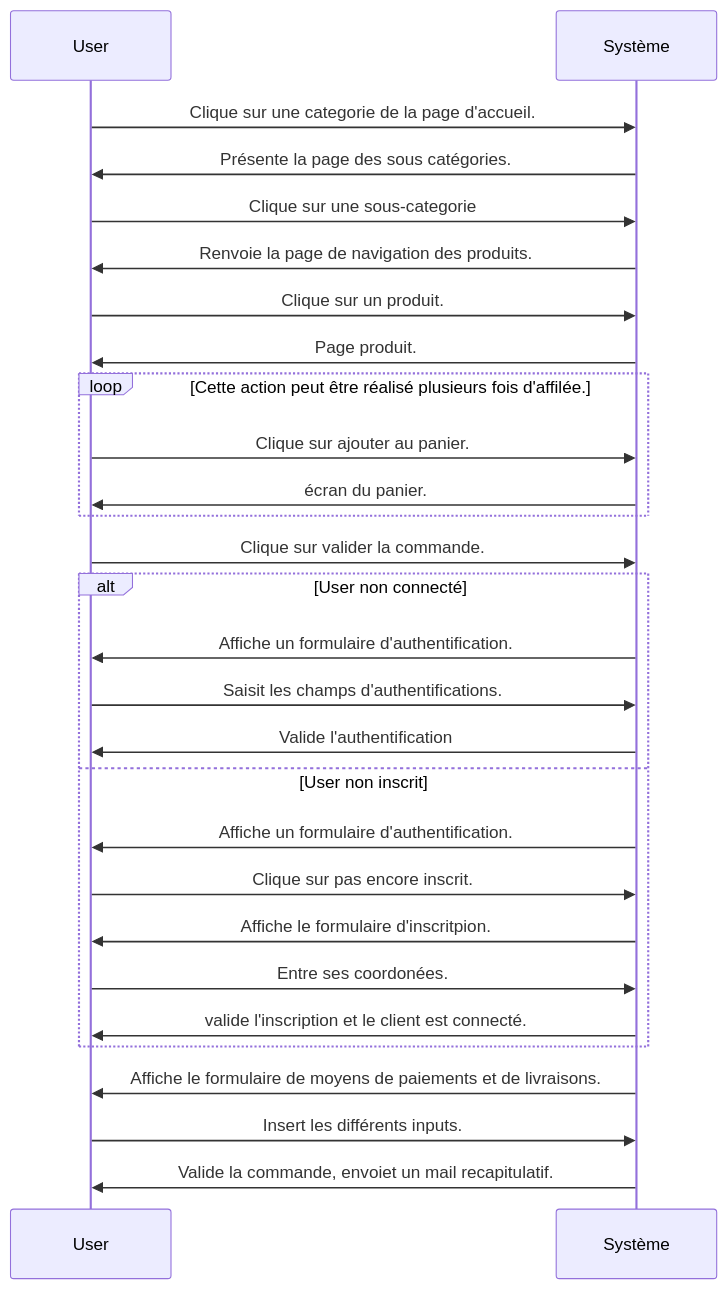
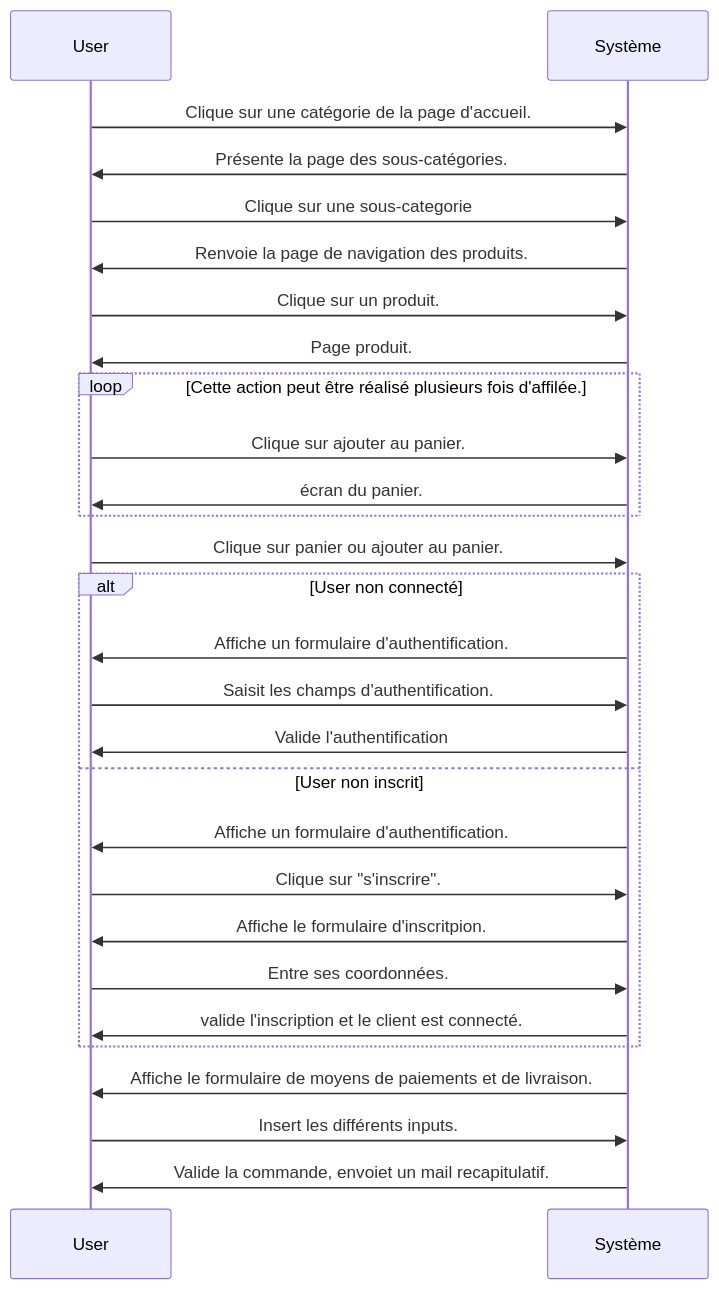
The diagram in DDD_UML_MLD_MCD/Muse_Sequence_Diagram.md (AlexisDonato/MUSE-Fil_Rouge), drawn with Mermaid before and after one commit. The commit also changed 5 other files, not shown here.

````diff
--- a/DDD_UML_MLD_MCD/Muse_Sequence_Diagram.md
+++ b/DDD_UML_MLD_MCD/Muse_Sequence_Diagram.md
@@ -1,38 +1,38 @@
 ```mermaid
 
 sequenceDiagram
 participant User
 participant Système
 
-User->>Système: Clique sur une categorie de la page d'accueil.
-Système->>User: Présente la page des sous catégories.
+User->>Système: Clique sur une catégorie de la page d'accueil.
+Système->>User: Présente la page des sous-catégories.
 User->>Système: Clique sur une sous-categorie
 Système->>User: Renvoie la page de navigation des produits.
 User->>Système: Clique sur un produit.
 Système->>User:  Page produit.
 loop Cette action peut être réalisé plusieurs fois d'affilée.
 User->>Système:  Clique sur ajouter au panier.
 Système->>User: écran du panier.
 end
-User->>Système: Clique sur valider la commande.
+User->>Système: Clique sur panier ou ajouter au panier.
 alt User non connecté
-Système->>User: Affiche  un formulaire d'authentification.
-User->>Système: Saisit les champs d'authentifications.
+Système->>User: Affiche un formulaire d'authentification.
+User->>Système: Saisit les champs d'authentification.
 Système->>User: Valide l'authentification
 else User non inscrit
 Système->>User: Affiche un formulaire d'authentification.
-User->>Système: Clique sur pas encore inscrit.
+User->>Système: Clique sur "s'inscrire".
 Système->>User: Affiche le formulaire d'inscritpion.
-User->>Système: Entre ses coordonées.
+User->>Système: Entre ses coordonnées.
 Système->>User: valide l'inscription et le client est connecté.
 
 end
 
 
-Système->>User: Affiche le formulaire  de moyens de paiements et de  livraisons.
+Système->>User: Affiche le formulaire  de moyens de paiements et de livraison.
 User->>Système: Insert les différents inputs.
 Système->>User: Valide la commande, envoiet un mail recapitulatif.
 
 
 
 ```
````
